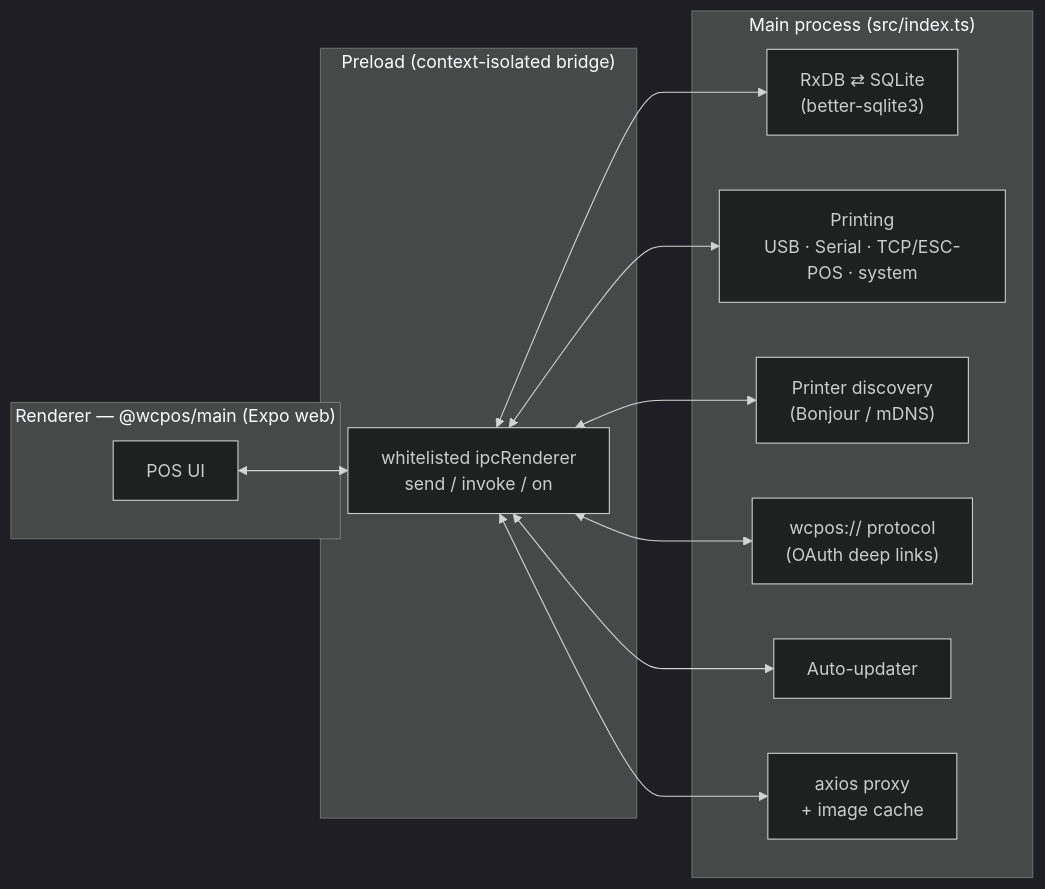
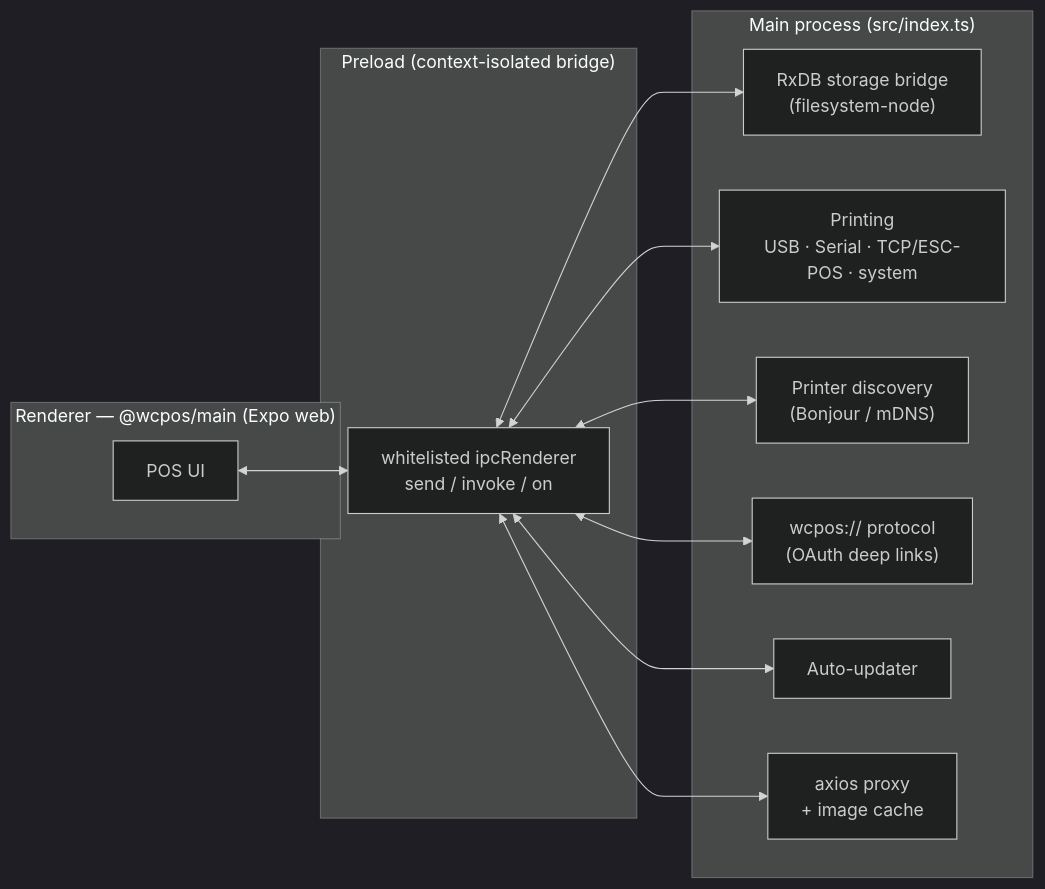
Before and after one commit to wcpos/electron: the diagram in README.md, drawn with Mermaid (dark theme). The commit also changed other lines of this file and 7 other files, not shown here.

First line of the commit message:
chore: remove legacy better-sqlite3 database layer

````diff
--- a/README.md
+++ b/README.md
@@ -53,19 +53,19 @@
 ```mermaid
 flowchart LR
     subgraph Renderer["Renderer — @wcpos/main (Expo web)"]
       UI["POS UI"]
     end
     subgraph Preload["Preload (context-isolated bridge)"]
       IPC["whitelisted ipcRenderer\nsend / invoke / on"]
     end
     subgraph Main["Main process (src/index.ts)"]
-      DB["RxDB ⇄ SQLite\n(better-sqlite3)"]
+      DB["RxDB storage bridge\n(filesystem-node)"]
       PRINT["Printing\nUSB · Serial · TCP/ESC-POS · system"]
       DISCO["Printer discovery\n(Bonjour / mDNS)"]
       PROTO["wcpos:// protocol\n(OAuth deep links)"]
       UPD["Auto-updater"]
       HTTP["axios proxy\n+ image cache"]
     end
     UI <--> IPC
     IPC <--> DB & PRINT & DISCO & PROTO & UPD & HTTP
 ```
````
